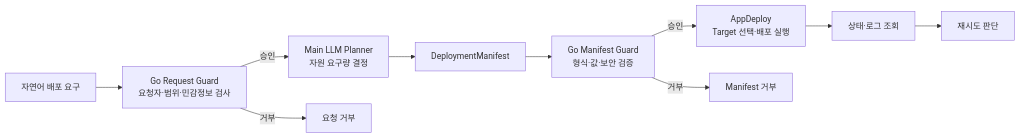
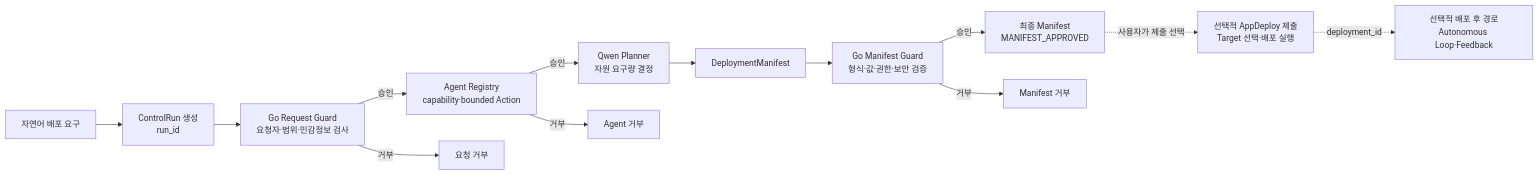
Before and after one commit to cloud-barista/ai-ops: the diagram in docs/design/main_llm_go_guard_control_flow.md, drawn with Mermaid. The commit also changed other lines of this file and 7 other files, not shown here.

Commit message:
docs: explain registry-driven control run workflow

````diff
--- a/docs/design/main_llm_go_guard_control_flow.md
+++ b/docs/design/main_llm_go_guard_control_flow.md
@@ -11,17 +11,22 @@
 ```mermaid
 flowchart LR
     U["자연어 배포 요구"]
+    CR["ControlRun 생성<br/>run_id"]
     RG["Go Request Guard<br/>요청자·범위·민감정보 검사"]
-    P["Main LLM Planner<br/>자원 요구량 결정"]
+    AR["Agent Registry<br/>capability·bounded Action"]
+    P["Qwen Planner<br/>자원 요구량 결정"]
     M["DeploymentManifest"]
-    MG["Go Manifest Guard<br/>형식·값·보안 검증"]
-    D["AppDeploy<br/>Target 선택·배포 실행"]
-    S["상태·로그 조회"]
-    R["재시도 판단"]
+    MG["Go Manifest Guard<br/>형식·값·권한·보안 검증"]
+    O["최종 Manifest<br/>MANIFEST_APPROVED"]
+    D["선택적 AppDeploy 제출<br/>Target 선택·배포 실행"]
+    P2["선택적 배포 후 경로<br/>Autonomous Loop·Feedback"]
 
-    U --> RG
-    RG -->|승인| P --> M --> MG
+    U --> CR --> RG
+    RG -->|승인| AR
+    AR -->|승인| P --> M --> MG
     RG -->|거부| RX["요청 거부"]
-    MG -->|승인| D --> S --> R
+    AR -->|거부| AX["Agent 거부"]
+    MG -->|승인| O
     MG -->|거부| MX["Manifest 거부"]
+    O -. 사용자가 제출 선택 .-> D -. deployment_id .-> P2
 ```
````
